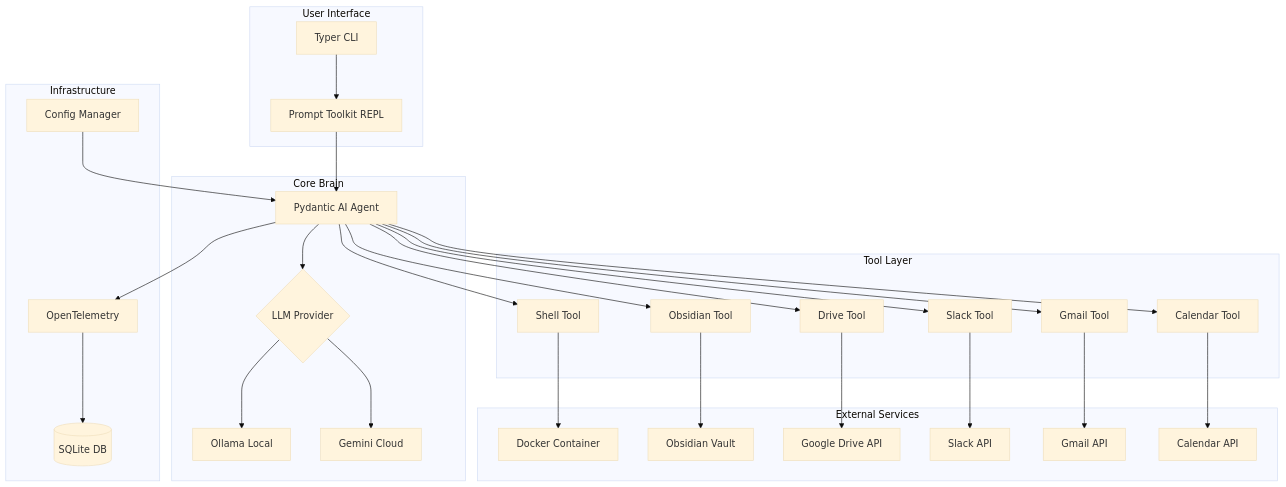
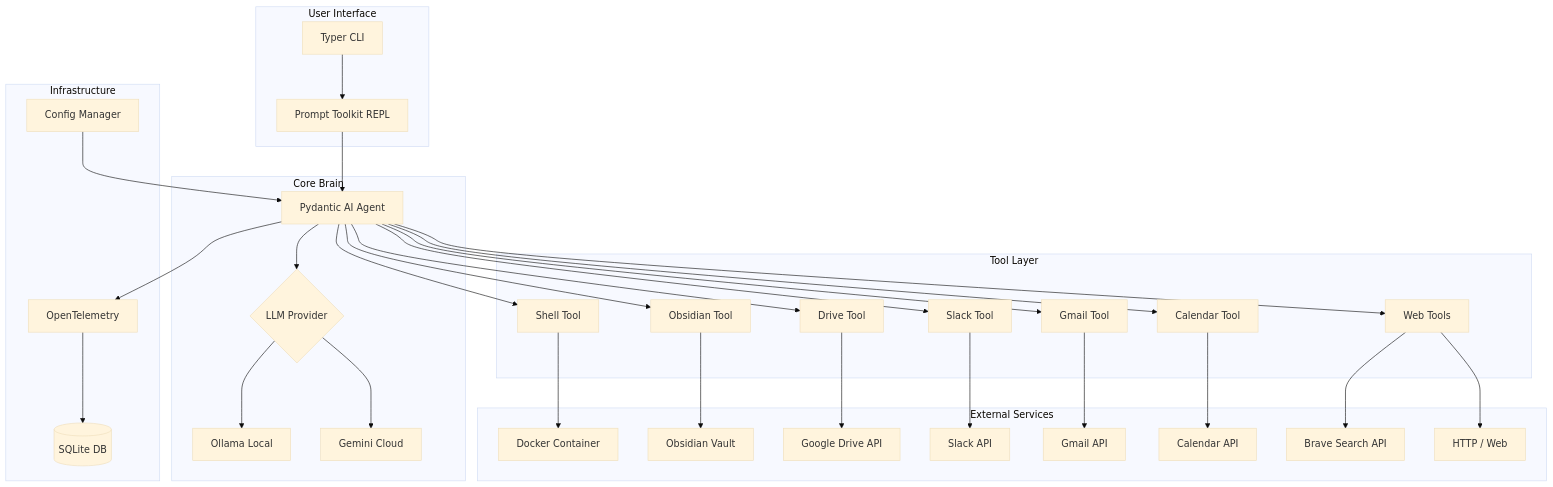
The diagram in docs/DESIGN-co-cli.md (binlecode/co-cli), drawn with Mermaid (base theme) before and after one commit. The commit also changed other lines of this file and 12 other files, not shown here.

First line of the commit message:
Sync design docs for 0.3.4 — web tools, eval all_approval, version bumps

````diff
--- a/docs/DESIGN-co-cli.md
+++ b/docs/DESIGN-co-cli.md
@@ -15,62 +15,68 @@
 ```mermaid
 graph TB
     subgraph User Interface
         CLI[Typer CLI]
         REPL[Prompt Toolkit REPL]
     end
 
     subgraph Core Brain
         Agent[Pydantic AI Agent]
         LLM{LLM Provider}
         Ollama[Ollama Local]
         Gemini[Gemini Cloud]
     end
 
     subgraph Tool Layer
         ToolShell[Shell Tool]
         ToolObsidian[Obsidian Tool]
         ToolDrive[Drive Tool]
         ToolGmail[Gmail Tool]
         ToolCalendar[Calendar Tool]
         ToolSlack[Slack Tool]
+        ToolWeb[Web Tools]
     end
 
     subgraph External Services
         Docker[Docker Container]
         ObsVault[Obsidian Vault]
         GDrive[Google Drive API]
         SlackAPI[Slack API]
         GmailAPI[Gmail API]
         GCal[Calendar API]
+        BraveAPI[Brave Search API]
+        HTTP[HTTP / Web]
     end
 
     subgraph Infrastructure
         Config[Config Manager]
         Telemetry[OpenTelemetry]
         SQLite[(SQLite DB)]
     end
 
     CLI --> REPL
     REPL --> Agent
     Agent --> LLM
     LLM --> Ollama
     LLM --> Gemini
 
     Agent --> ToolShell
     Agent --> ToolObsidian
     Agent --> ToolDrive
     Agent --> ToolGmail
     Agent --> ToolCalendar
     Agent --> ToolSlack
+    Agent --> ToolWeb
 
     ToolShell --> Docker
     ToolObsidian --> ObsVault
     ToolDrive --> GDrive
     ToolGmail --> GmailAPI
     ToolCalendar --> GCal
     ToolSlack --> SlackAPI
+    ToolWeb --> BraveAPI
+    ToolWeb --> HTTP
 
     Config --> Agent
     Agent --> Telemetry
     Telemetry --> SQLite
 ```
````
